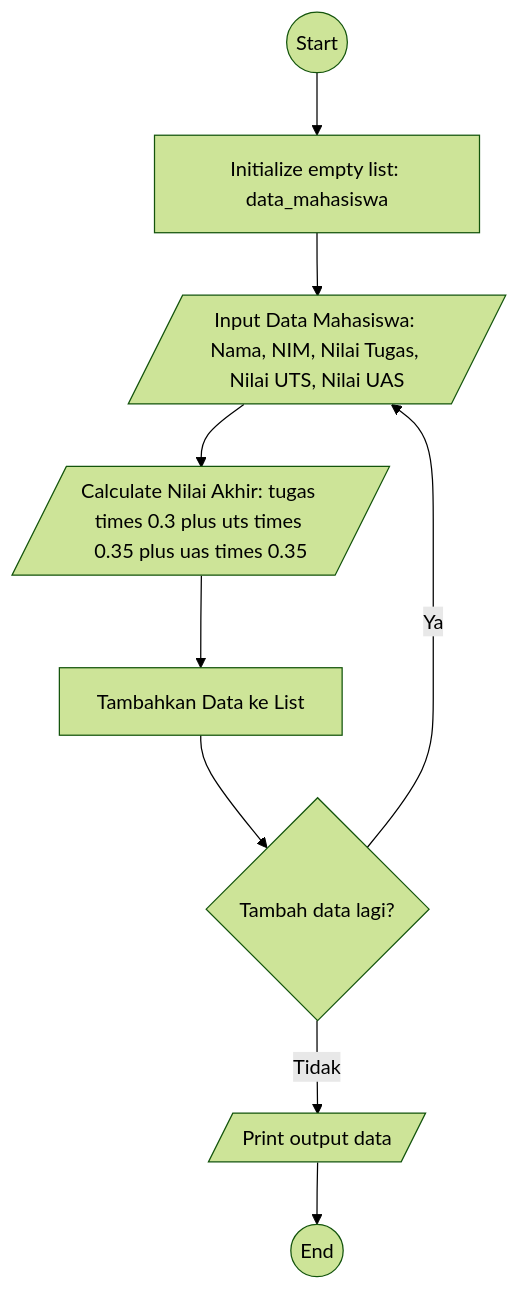
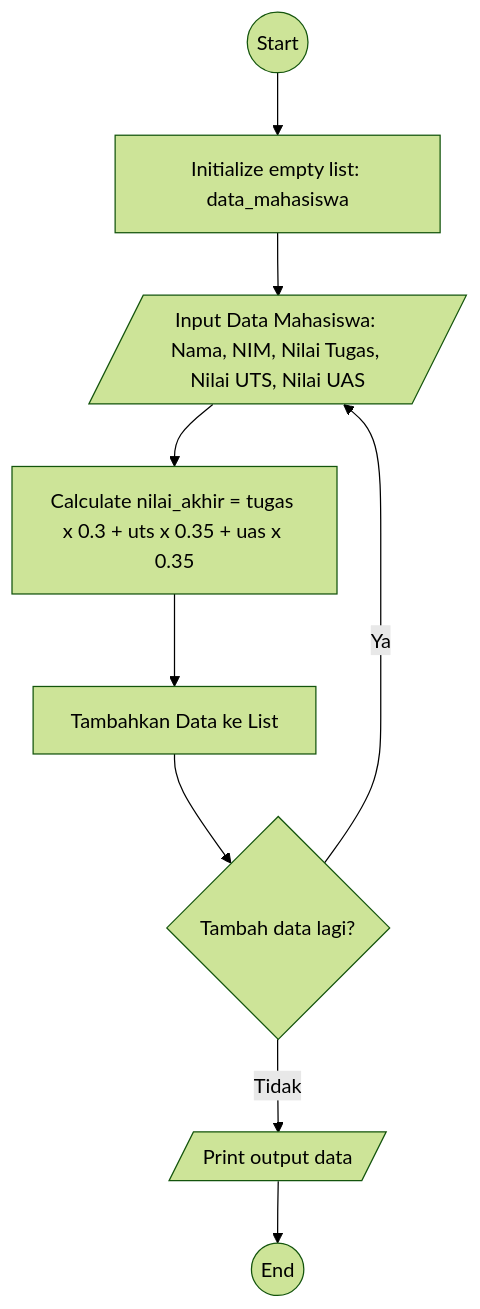
Before and after one commit to AugustRmd/praktikum4: the diagram in README.md, drawn with Mermaid (forest theme). The commit also changed other lines of this file, not shown here.

````diff
--- a/README.md
+++ b/README.md
@@ -4,20 +6,20 @@
 ```mermaid
 graph TD
     Start((Start))
     InitList[Initialize empty list: data_mahasiswa ]
     InputData[/Input Data Mahasiswa: Nama, NIM, Nilai Tugas, Nilai UTS, Nilai UAS/]
-    CalculateNilai[/Calculate Nilai Akhir: tugas times 0.3 plus uts times 0.35 plus uas times 0.35/]
+    CalculateNilai[Calculate nilai_akhir = tugas x 0.3 + uts x 0.35 + uas x 0.35]
     AddToList[Tambahkan Data ke List]
     Decision{Tambah data lagi?}
     PrintData[/Print output data/]
     End((End))
 
     Start --> InitList
     InitList --> InputData
     InputData --> CalculateNilai
     CalculateNilai --> AddToList
     AddToList --> Decision
     Decision -- Ya --> InputData
     Decision -- Tidak --> PrintData
     PrintData --> End
 ```
````
